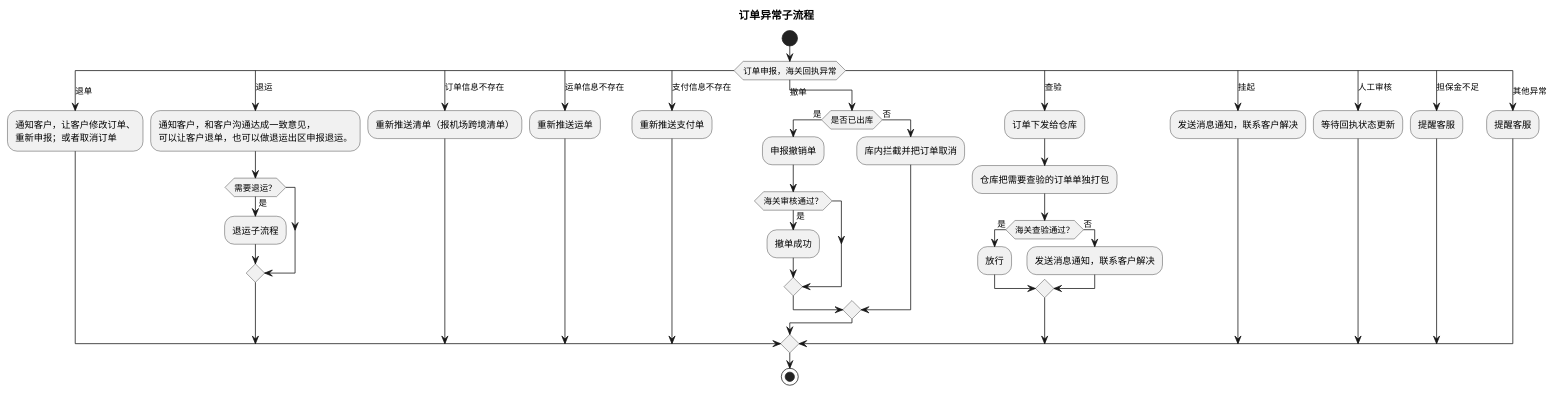
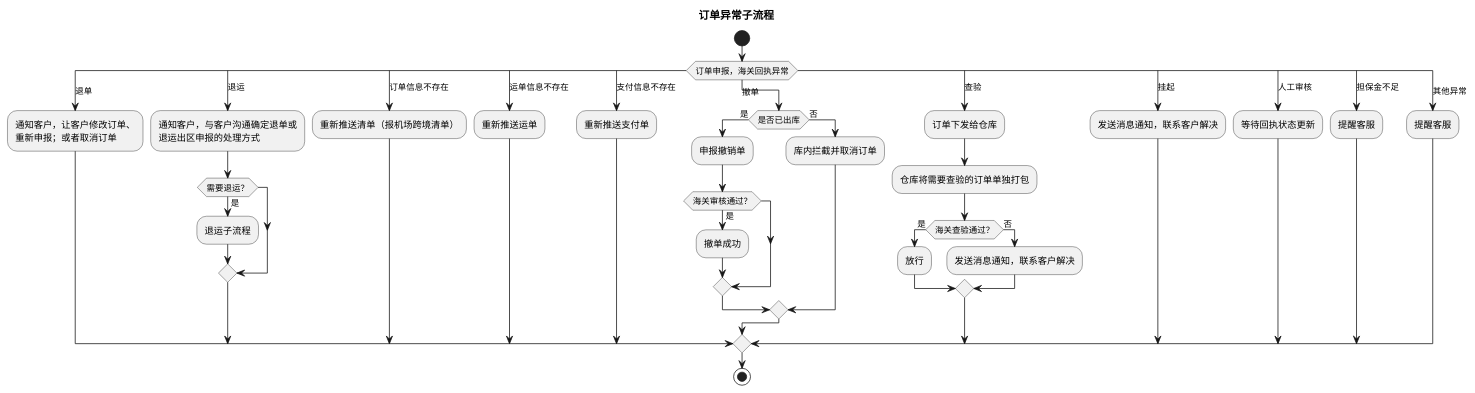
The first of 5 diagrams in product-caliber/goldjet/segmented-prd/mainflow/PRD.高捷物流系统一期.主流程.09.异常处理流程.md (jack888332/projects-doc), drawn with PlantUML before and after one commit. The commit also changed other lines of this file and 59 other files, not shown here.

````diff
--- a/product-caliber/goldjet/segmented-prd/mainflow/PRD.高捷物流系统一期.主流程.09.异常处理流程.md
+++ b/product-caliber/goldjet/segmented-prd/mainflow/PRD.高捷物流系统一期.主流程.09.异常处理流程.md
@@ -16,47 +10,47 @@
 ```plantuml
 @startuml
 title 订单异常子流程
 start
 switch (订单申报，海关回执异常)
 case (退单)
   :通知客户，让客户修改订单、\n重新申报；或者取消订单;
 case (退运)
-  :通知客户，和客户沟通达成一致意见，\n可以让客户退单，也可以做退运出区申报退运。;
+  :通知客户，与客户沟通确定退单或\n退运出区申报的处理方式;
   if (需要退运？) then (是)
     :退运子流程;
   endif
 case (订单信息不存在)
   :重新推送清单（报机场跨境清单）;
 case (运单信息不存在)
   :重新推送运单;
 case (支付信息不存在)
   :重新推送支付单;
 case (撤单)
   if (是否已出库) then (是)
     :申报撤销单;
     if (海关审核通过？) then (是)
       :撤单成功;
     endif
   else (否)
-    :库内拦截并把订单取消;
+    :库内拦截并取消订单;
   endif
 case (查验)
   :订单下发给仓库;
-  :仓库把需要查验的订单单独打包;
+  :仓库将需要查验的订单单独打包;
   if (海关查验通过？) then (是)
     :放行;
   else (否)
     :发送消息通知，联系客户解决;
   endif
 case (挂起)
   :发送消息通知，联系客户解决;
 case (人工审核)
   :等待回执状态更新;
 case (担保金不足)
   :提醒客服;
 case (其他异常)
   :提醒客服;
 endswitch
 stop
 @enduml
 ```
````
